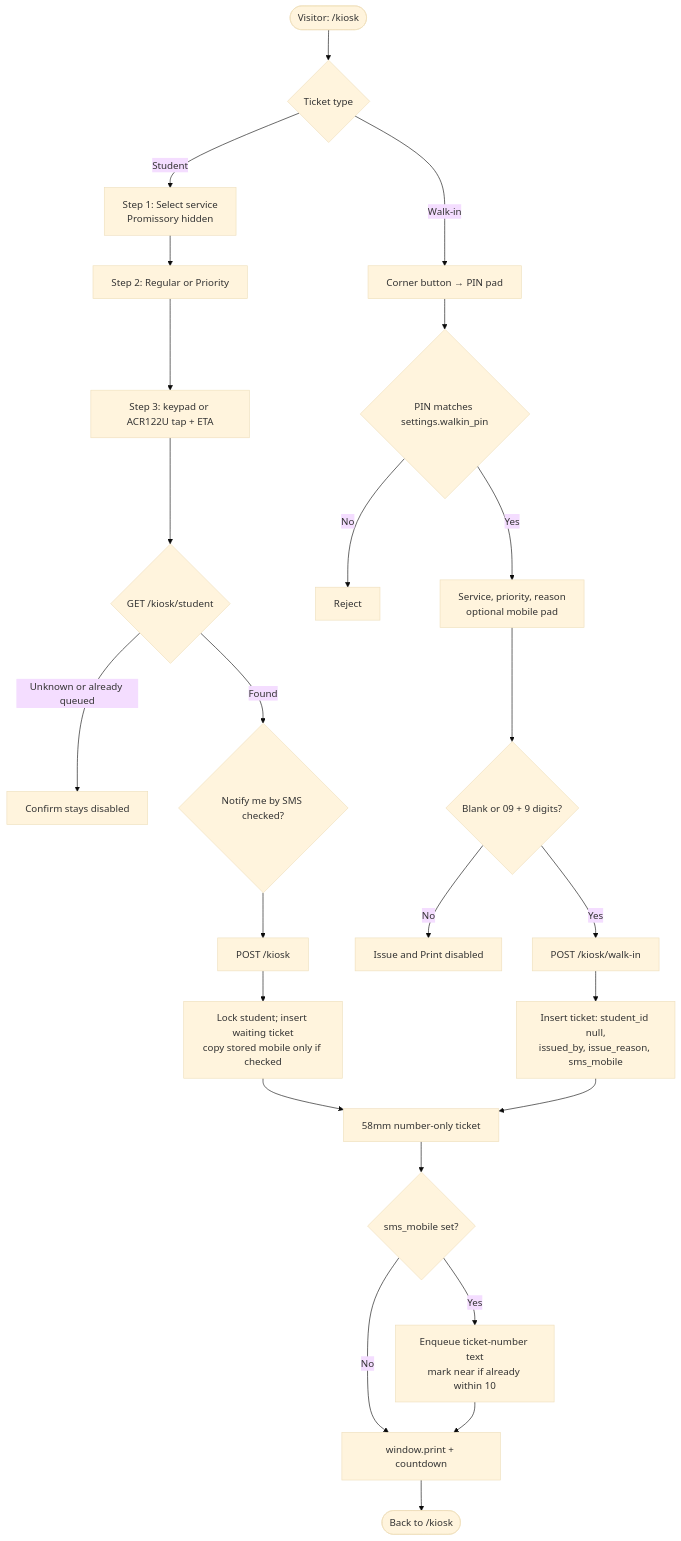
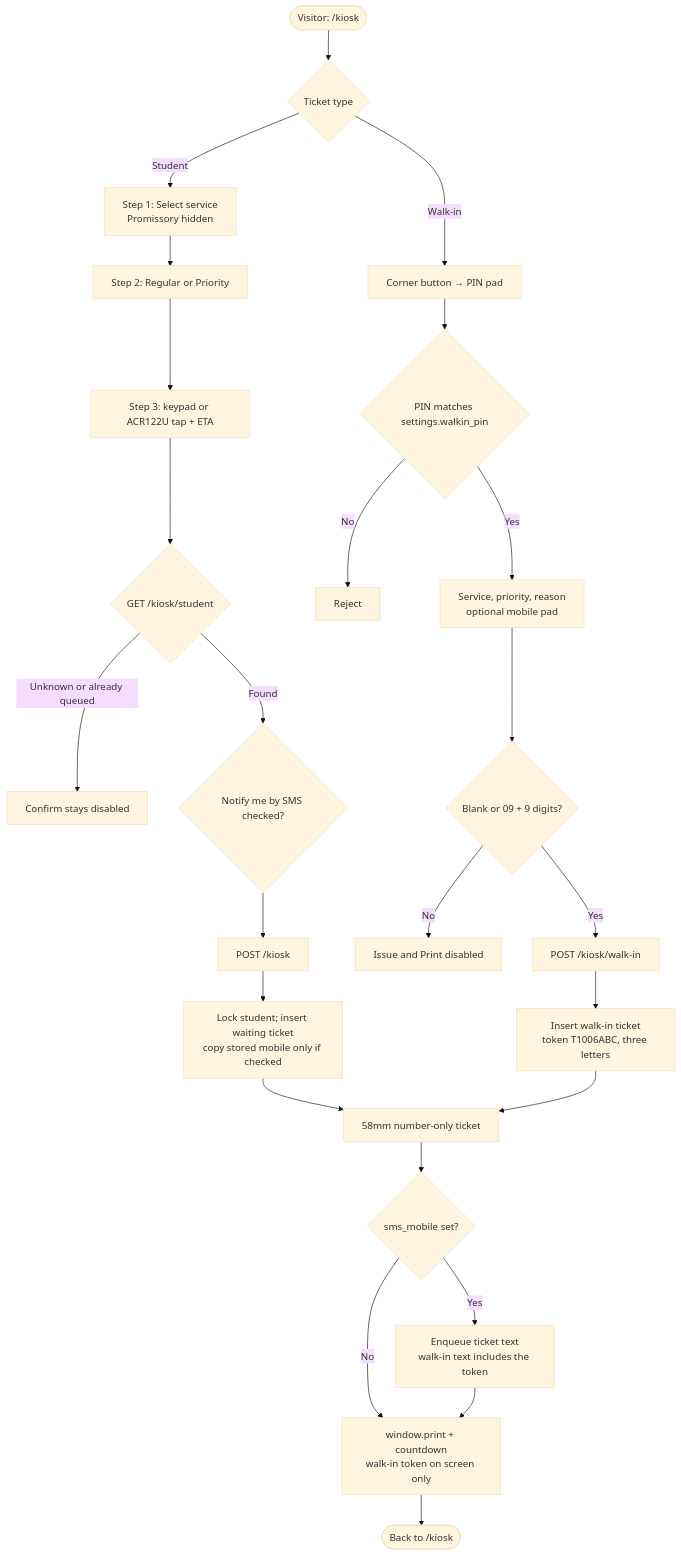
The third of 12 diagrams in docs/system-flowchart.md (rhems95/queuing-system), drawn with Mermaid (base theme) before and after one commit. The commit also changed other lines of this file and 30 other files, not shown here.

First line of the commit message:
Add staff paper-out SMS and a walk-in screen token so a photo of the printed ticket cannot stand in for the person.

````diff
--- a/docs/system-flowchart.md
+++ b/docs/system-flowchart.md
@@ -100,27 +100,27 @@
 ```mermaid
 flowchart TD
     Start([Visitor: /kiosk]) --> Path{Ticket type}
     Path -->|Student| S1["Step 1: Select service<br/>Promissory hidden"]
     S1 --> S2["Step 2: Regular or Priority"]
     S2 --> S3["Step 3: keypad or ACR122U tap + ETA"]
     S3 --> Look{"GET /kiosk/student"}
     Look -->|Unknown or already queued| E["Confirm stays disabled"]
     Look -->|Found| Opt{"Notify me by SMS checked?"}
     Opt --> POST["POST /kiosk"]
     POST --> Txn["Lock student; insert waiting ticket<br/>copy stored mobile only if checked"]
     Path -->|Walk-in| PinBtn["Corner button → PIN pad"]
     PinBtn --> Unlock{"PIN matches settings.walkin_pin"}
     Unlock -->|No| PinFail["Reject"]
     Unlock -->|Yes| Overlay["Service, priority, reason<br/>optional mobile pad"]
     Overlay --> Mob{"Blank or 09 + 9 digits?"}
     Mob -->|No| Block["Issue and Print disabled"]
     Mob -->|Yes| WPOST["POST /kiosk/walk-in"]
-    WPOST --> WTxn["Insert ticket: student_id null,<br/>issued_by, issue_reason, sms_mobile"]
+    WPOST --> WTxn["Insert walk-in ticket<br/>token T1006ABC, three letters"]
     Txn --> Print
     WTxn --> Print["58mm number-only ticket"]
     Print --> Text{"sms_mobile set?"}
-    Text -->|Yes| Out["Enqueue ticket-number text<br/>mark near if already within 10"]
+    Text -->|Yes| Out["Enqueue ticket text<br/>walk-in text includes the token"]
     Text -->|No| AP
-    Out --> AP["window.print + countdown"]
+    Out --> AP["window.print + countdown<br/>walk-in token on screen only"]
     AP --> Home([Back to /kiosk])
 ```
````
